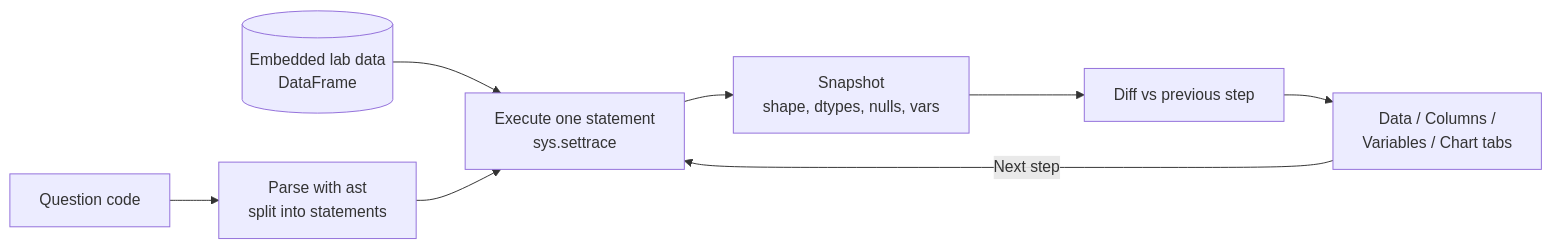
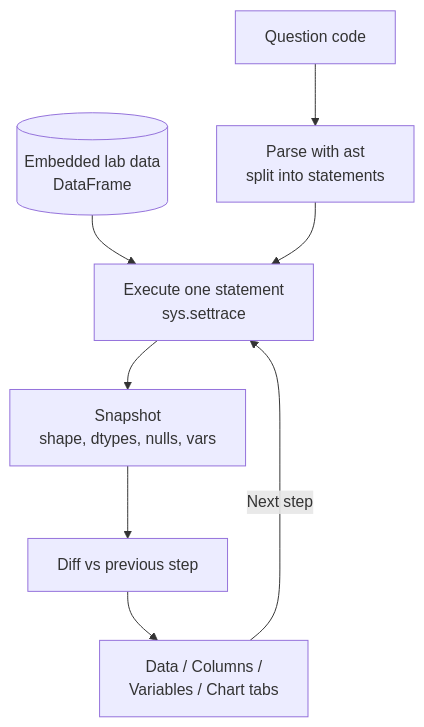
One commit to loganrosson/is4487-analytics-midterm-trainer changed the diagram in README.md. Above: the diagram before and after it, drawn with Mermaid.

````diff
--- a/README.md
+++ b/README.md
@@ -21,10 +21,10 @@
 ```mermaid
-flowchart LR
+flowchart TD
     C[Question code] --> P[Parse with ast<br/>split into statements]
     D[(Embedded lab data<br/>DataFrame)] --> X
     P --> X[Execute one statement<br/>sys.settrace]
     X --> S[Snapshot<br/>shape, dtypes, nulls, vars]
     S --> Diff[Diff vs previous step]
     Diff --> UI[Data / Columns /<br/>Variables / Chart tabs]
     UI -- Next step --> X
 ```
````
